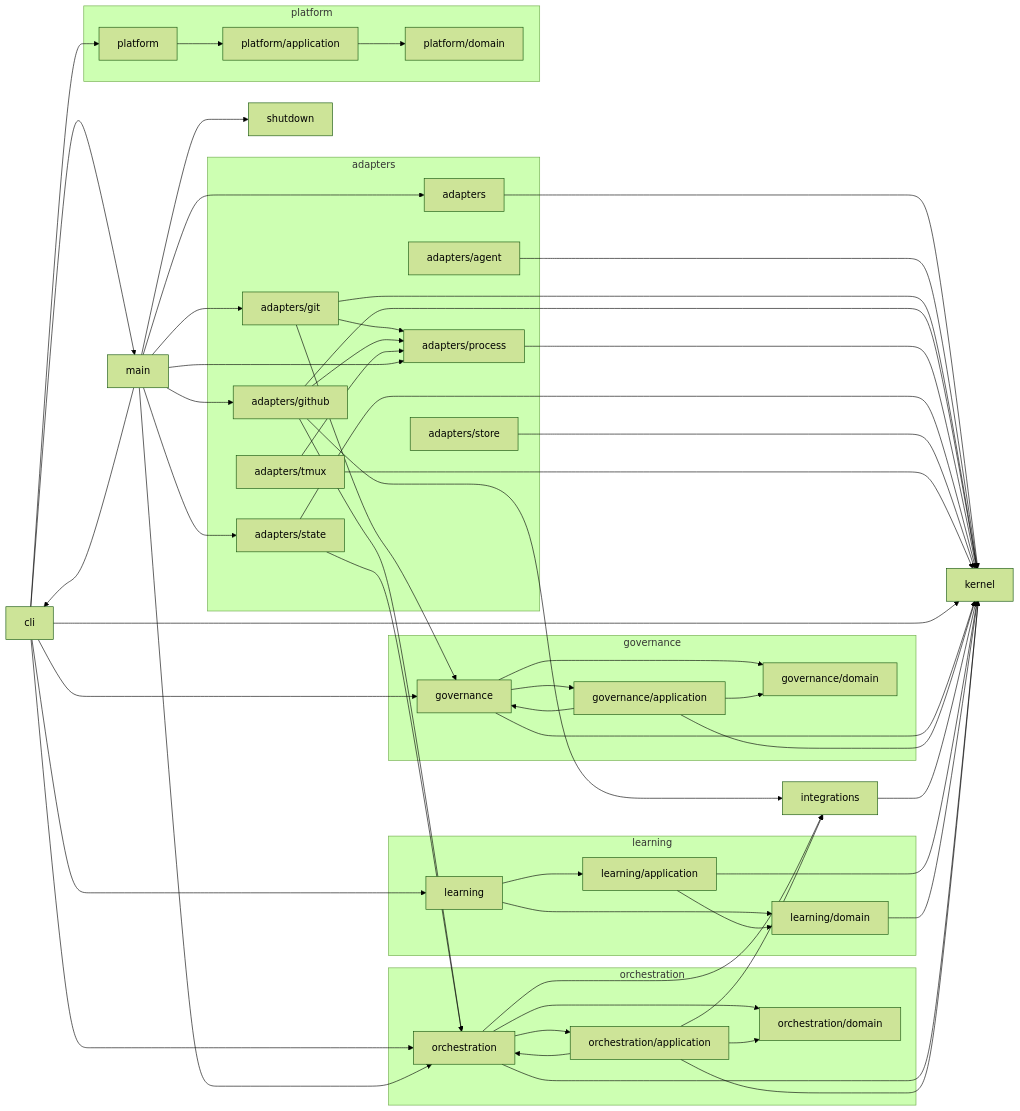
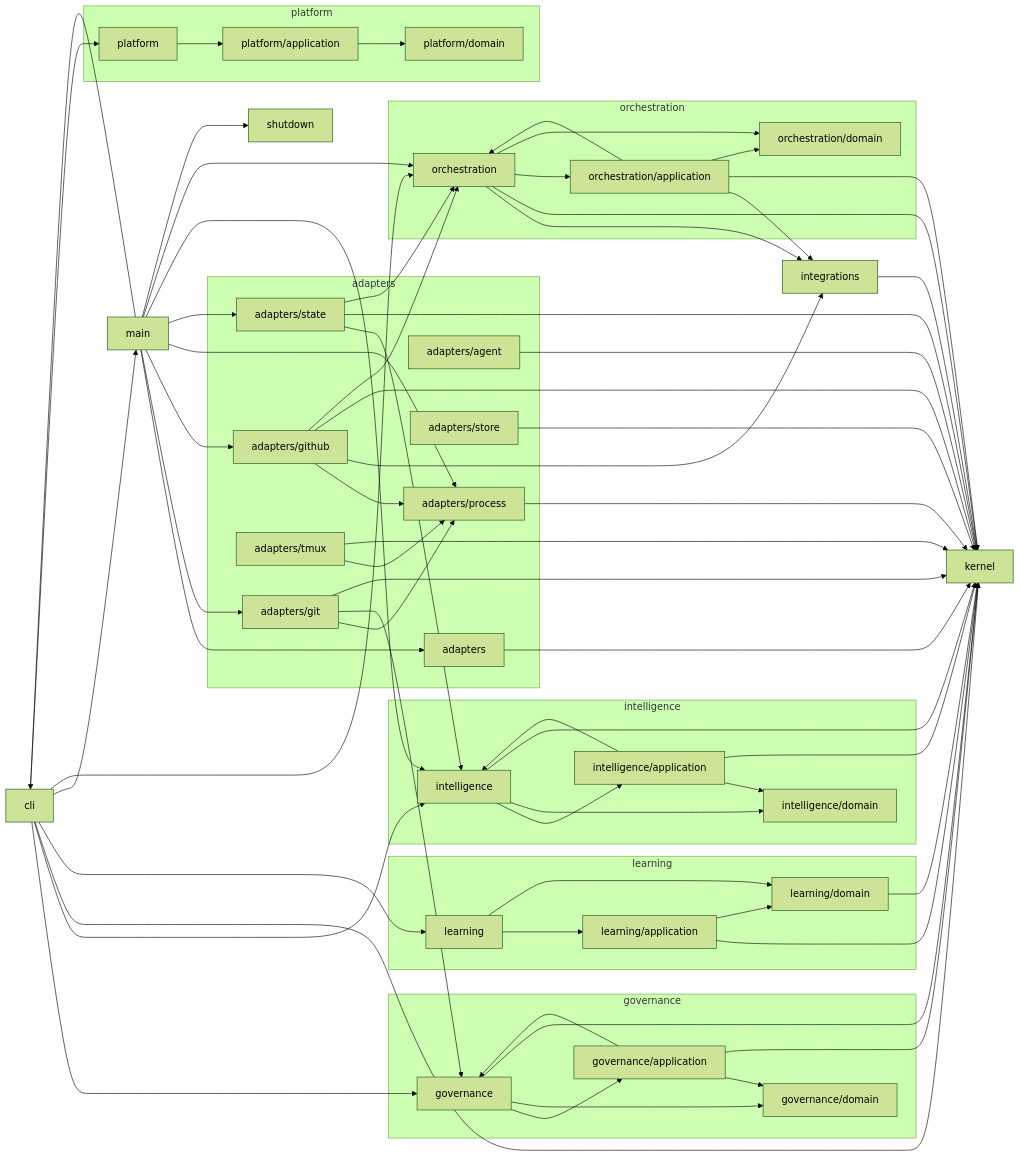
The diagram in docs/reference/dependency-graph.md (sethdford/shipwright), drawn with Mermaid (forest theme) before and after one commit. The commit also changed 30 other files, not shown here.

```diff
--- a/docs/reference/dependency-graph.md
+++ b/docs/reference/dependency-graph.md
@@ -21,6 +21,11 @@
     governance["governance"]
     governance_application["governance/application"]
     governance_domain["governance/domain"]
+  end
+  subgraph ctx_intelligence["intelligence"]
+    intelligence["intelligence"]
+    intelligence_application["intelligence/application"]
+    intelligence_domain["intelligence/domain"]
   end
   subgraph ctx_learning["learning"]
     learning["learning"]
@@ -52,12 +57,14 @@
   adapters_github --> kernel
   adapters_github --> orchestration
   adapters_process --> kernel
+  adapters_state --> intelligence
   adapters_state --> kernel
   adapters_state --> orchestration
   adapters_store --> kernel
   adapters_tmux --> adapters_process
   adapters_tmux --> kernel
   cli --> governance
+  cli --> intelligence
   cli --> kernel
   cli --> learning
   cli --> main
@@ -70,6 +77,12 @@
   governance_application --> governance_domain
   governance_application --> kernel
   integrations --> kernel
+  intelligence --> intelligence_application
+  intelligence --> intelligence_domain
+  intelligence --> kernel
+  intelligence_application --> intelligence
+  intelligence_application --> intelligence_domain
+  intelligence_application --> kernel
   learning --> learning_application
   learning --> learning_domain
   learning_application --> kernel
@@ -81,6 +94,7 @@
   main --> adapters_process
   main --> adapters_state
   main --> cli
+  main --> intelligence
   main --> orchestration
   main --> shutdown
   orchestration --> integrations
```
